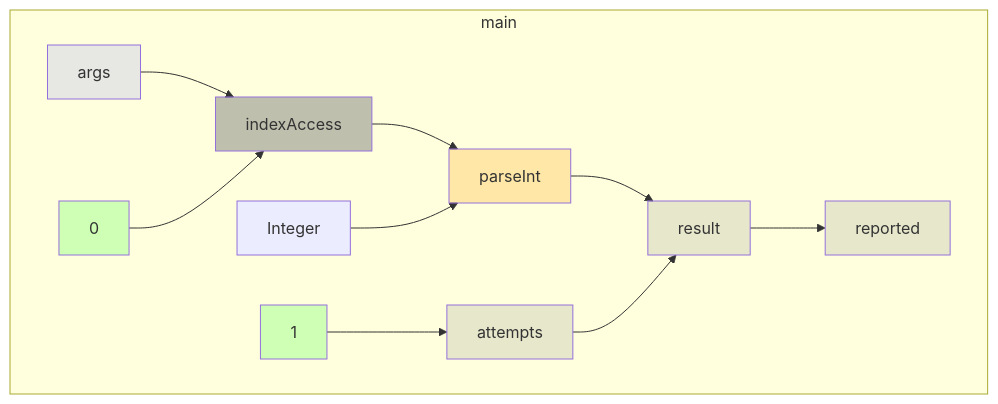
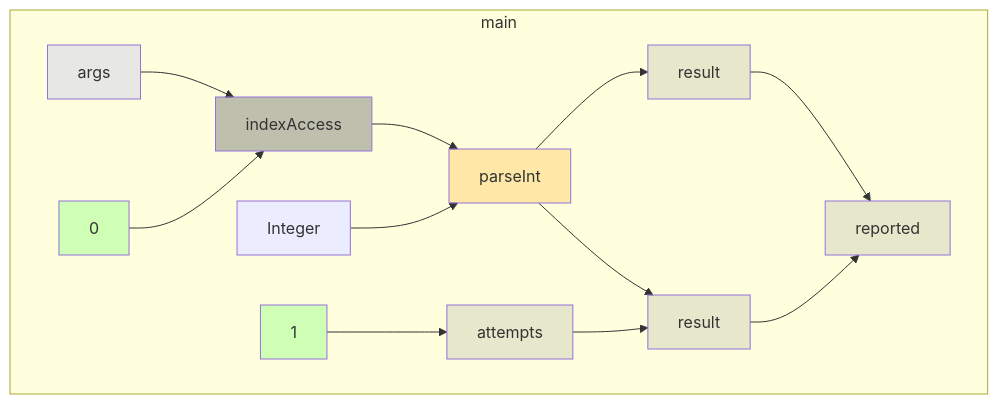
Before and after one commit to gstiebler/codeflow: the diagram in app/src/test/resources/tryCatch/spike-truth.md, drawn with Mermaid. The commit also changed 46 other files, not shown here.

````diff
--- a/app/src/test/resources/tryCatch/spike-truth.md
+++ b/app/src/test/resources/tryCatch/spike-truth.md
@@ -3,29 +3,32 @@
 ```mermaid
 flowchart TD
   subgraph m0["main"]
     n0["indexAccess"]:::BIN_OP
     n1["parseInt"]:::EXTERNAL
     n2["args"]:::FUNC_PARAM
     n3["0"]:::LITERAL
     n4["1"]:::LITERAL
     n5["Integer"]:::OBJ_VARIABLE
     n6["attempts"]:::VARIABLE
     n7["reported"]:::VARIABLE
     n8["result"]:::VARIABLE
+    n9["result"]:::VARIABLE
   end
   n0 --> n1
   n1 --> n8
+  n1 --> n9
   n2 --> n0
   n3 --> n0
   n4 --> n6
   n5 --> n1
-  n6 --> n8
+  n6 --> n9
   n8 --> n7
+  n9 --> n7
   classDef LITERAL fill:#00FF0030
   classDef VARIABLE fill:#80808030
   classDef BIN_OP fill:#80808080
   classDef FUNC_PARAM fill:#8080FF30
   classDef RETURN fill:#FF808080
   classDef EXTERNAL fill:#FFA50040
   classDef UNMODELLED fill:#FF000030,stroke-dasharray: 4 2
 ```
````
